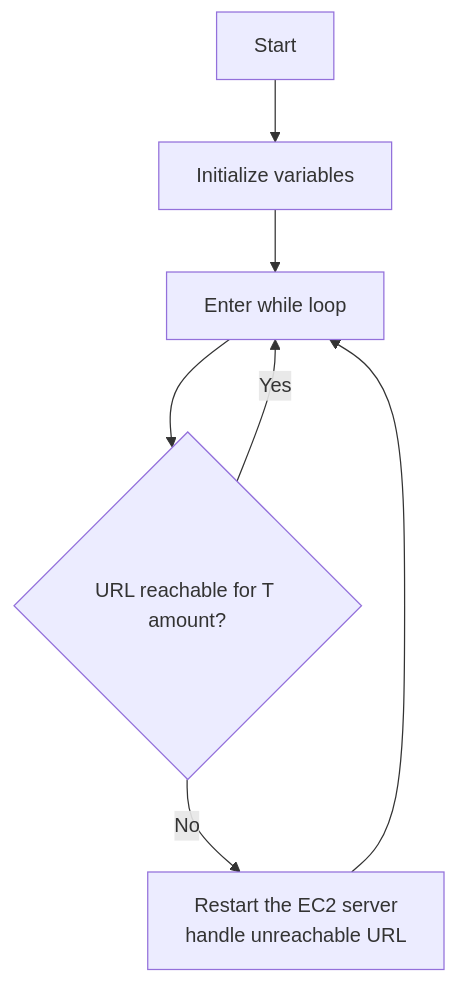
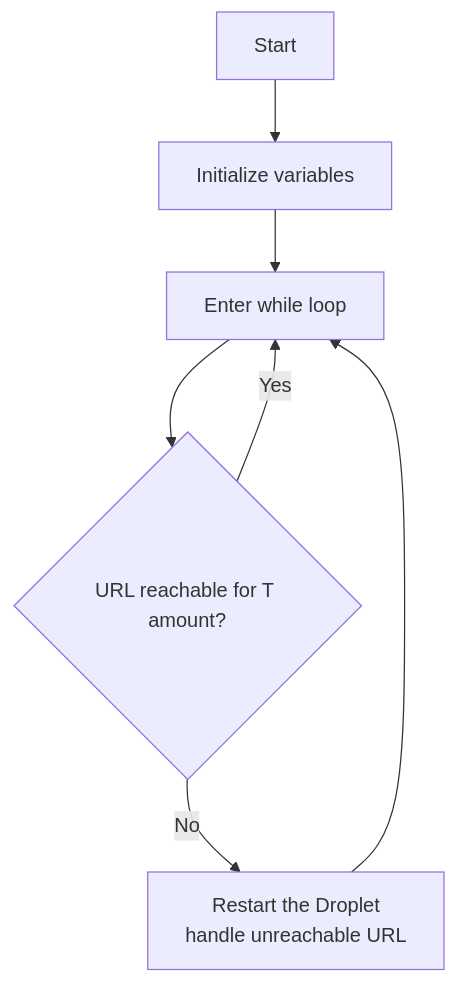
Before and after one commit to SurajBhari/droplet_maintainer: the diagram in README.md, drawn with Mermaid. The commit also changed other lines of this file, not shown here.

````diff
--- a/README.md
+++ b/README.md
@@ -7,9 +13,9 @@
 ```mermaid
 graph TD
   A[Start] --> B[Initialize variables]
   B --> C[Enter while loop]
   C --> D{URL reachable for T amount?}
   D -->|Yes| C
-  D -->|No| E[Restart the EC2 server<br>handle unreachable URL]
+  D -->|No| E[Restart the Droplet<br>handle unreachable URL]
   E --> C
 ```
````
